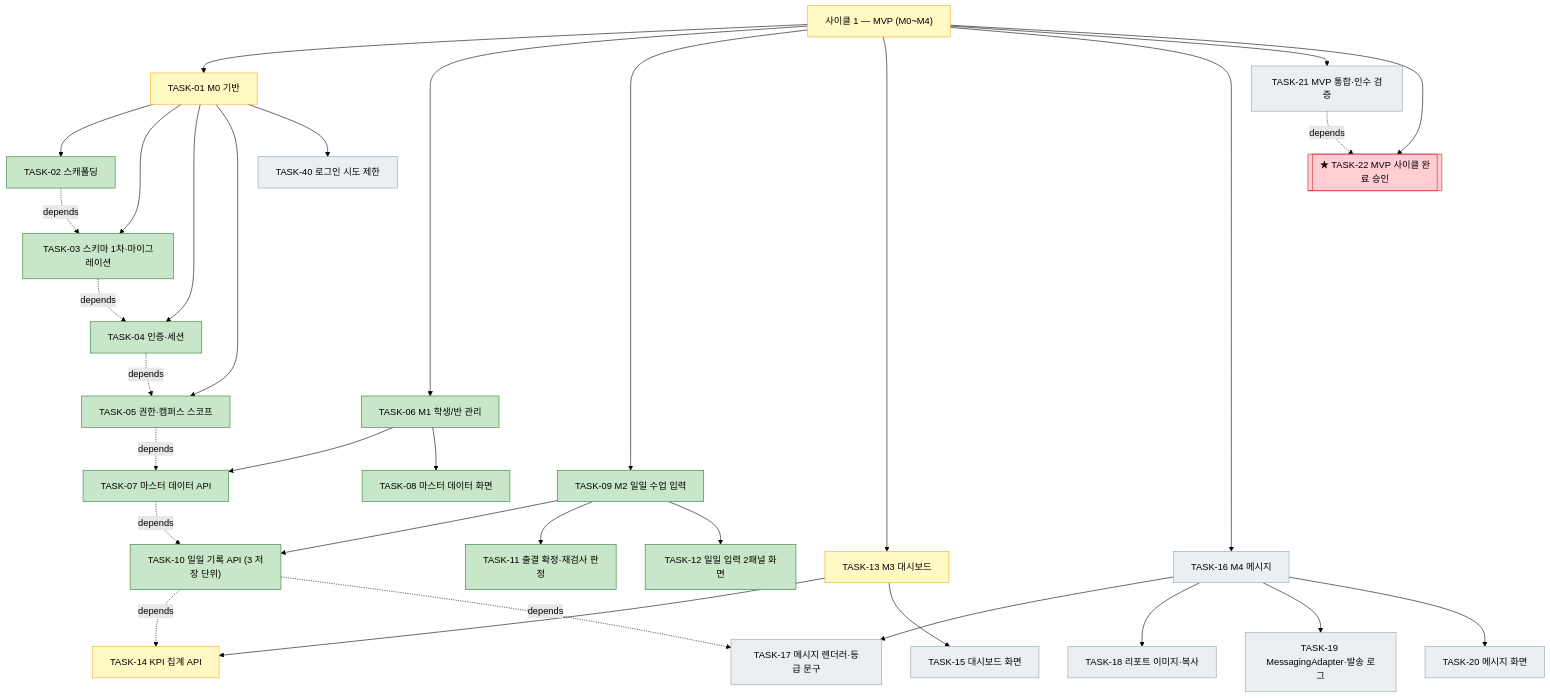
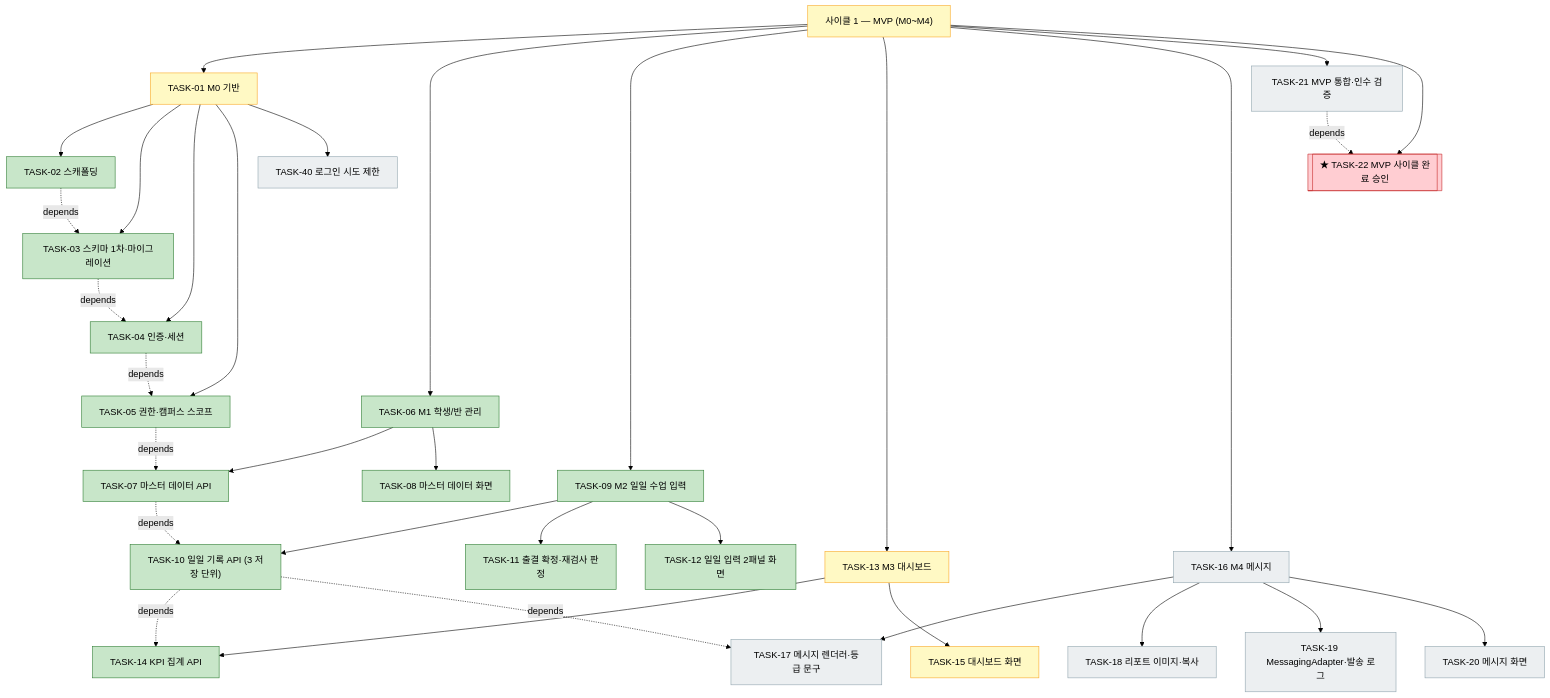
One commit to bluesky5008/mathdesk changed the first of 3 diagrams in docs/plan.md. Above: the diagram before and after it, drawn with Mermaid (forest theme). The commit also changed other lines of this file and 5 other files, not shown here.

First line of the commit message:
feat(stats): TASK-14 대시보드 KPI 집계 API

````diff
--- a/docs/plan.md
+++ b/docs/plan.md
@@ -105,39 +105,39 @@
 ```mermaid
 flowchart TD
     C1["사이클 1 — MVP (M0~M4)"]:::active
     C1 --> T01["TASK-01 M0 기반"]:::active
     T01 --> T02["TASK-02 스캐폴딩"]:::done
     T01 --> T03["TASK-03 스키마 1차·마이그레이션"]:::done
     T01 --> T04["TASK-04 인증·세션"]:::done
     T01 --> T05["TASK-05 권한·캠퍼스 스코프"]:::done
     T01 --> T40["TASK-40 로그인 시도 제한"]:::todo
     C1 --> T06["TASK-06 M1 학생/반 관리"]:::done
     T06 --> T07["TASK-07 마스터 데이터 API"]:::done
     T06 --> T08["TASK-08 마스터 데이터 화면"]:::done
     C1 --> T09["TASK-09 M2 일일 수업 입력"]:::done
     T09 --> T10["TASK-10 일일 기록 API (3 저장 단위)"]:::done
     T09 --> T11["TASK-11 출결 확정·재검사 판정"]:::done
     T09 --> T12["TASK-12 일일 입력 2패널 화면"]:::done
     C1 --> T13["TASK-13 M3 대시보드"]:::active
-    T13 --> T14["TASK-14 KPI 집계 API"]:::active
-    T13 --> T15["TASK-15 대시보드 화면"]:::todo
+    T13 --> T14["TASK-14 KPI 집계 API"]:::done
+    T13 --> T15["TASK-15 대시보드 화면"]:::active
     C1 --> T16["TASK-16 M4 메시지"]:::todo
     T16 --> T17["TASK-17 메시지 렌더러·등급 문구"]:::todo
     T16 --> T18["TASK-18 리포트 이미지·복사"]:::todo
     T16 --> T19["TASK-19 MessagingAdapter·발송 로그"]:::todo
     T16 --> T20["TASK-20 메시지 화면"]:::todo
     C1 --> T21["TASK-21 MVP 통합·인수 검증"]:::todo
     C1 --> T22[["★ TASK-22 MVP 사이클 완료 승인"]]:::gate
     T02 -. depends .-> T03
     T03 -. depends .-> T04
     T04 -. depends .-> T05
     T05 -. depends .-> T07
     T07 -. depends .-> T10
     T10 -. depends .-> T14
     T10 -. depends .-> T17
     T21 -. depends .-> T22
     classDef done fill:#c8e6c9,stroke:#2e7d32
     classDef active fill:#fff9c4,stroke:#f9a825
     classDef todo fill:#eceff1,stroke:#90a4ae
     classDef gate fill:#ffcdd2,stroke:#c62828
 ```
````
